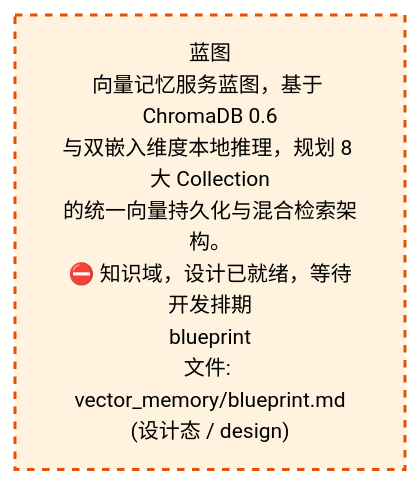
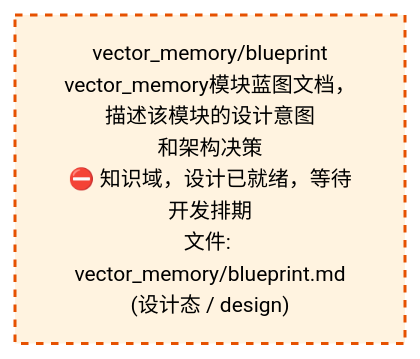
Before and after one commit to xuanFelixVan/ZephyrAlpha: the first of 2 diagrams in docs/02_enterprise_architecture/02_domain_architecture_docs/58_d_knowledge.md, drawn with Mermaid. The commit also changed other lines of this file and 50 other files, not shown here.

````diff
--- a/docs/02_enterprise_architecture/02_domain_architecture_docs/58_d_knowledge.md
+++ b/docs/02_enterprise_architecture/02_domain_architecture_docs/58_d_knowledge.md
@@ -53,10 +53,10 @@
 ```mermaid
 %%{init: {'theme': 'base', 'themeVariables': {'primaryColor': '#eaeaea', 'primaryTextColor': '#333333', 'primaryBorderColor': '#666666', 'lineColor': '#666666', 'secondaryColor': '#eaeaea', 'tertiaryColor': '#eaeaea', 'fontSize': '14px'}}}%%
 flowchart TD
-    docs_03_modules_domain_knowledge_vector_memory_blueprint_md["蓝图<br/>向量记忆服务蓝图，基于 ChromaDB 0.6<br/>与双嵌入维度本地推理，规划 8 大 Collection<br/>的统一向量持久化与混合检索架构。<br/>⛔ 知识域，设计已就绪，等待开发排期<br/>blueprint<br/>文件: vector_memory/blueprint.md<br/>(设计态 / design)"]
+    docs_03_modules_domain_knowledge_vector_memory_blueprint_md["vector_memory/blueprint<br/>vector_memory模块蓝图文档，描述该模块的设计意图<br/>和架构决策<br/>⛔ 知识域，设计已就绪，等待开发排期<br/>文件: vector_memory/blueprint.md<br/>(设计态 / design)"]
     classDef production fill:#e1f5fe,stroke:#01579b,stroke-width:2px,color:#000
     classDef design fill:#fff3e0,stroke:#e65100,stroke-width:2px,color:#000,stroke-dasharray: 5 5
     classDef external_prod fill:#e8f4fd,stroke:#0277bd,stroke-width:1px,color:#000
     classDef external_design fill:#fff8e7,stroke:#ef6c00,stroke-width:1px,color:#000,stroke-dasharray: 5 5
     class docs_03_modules_domain_knowledge_vector_memory_blueprint_md design
 ```
````
